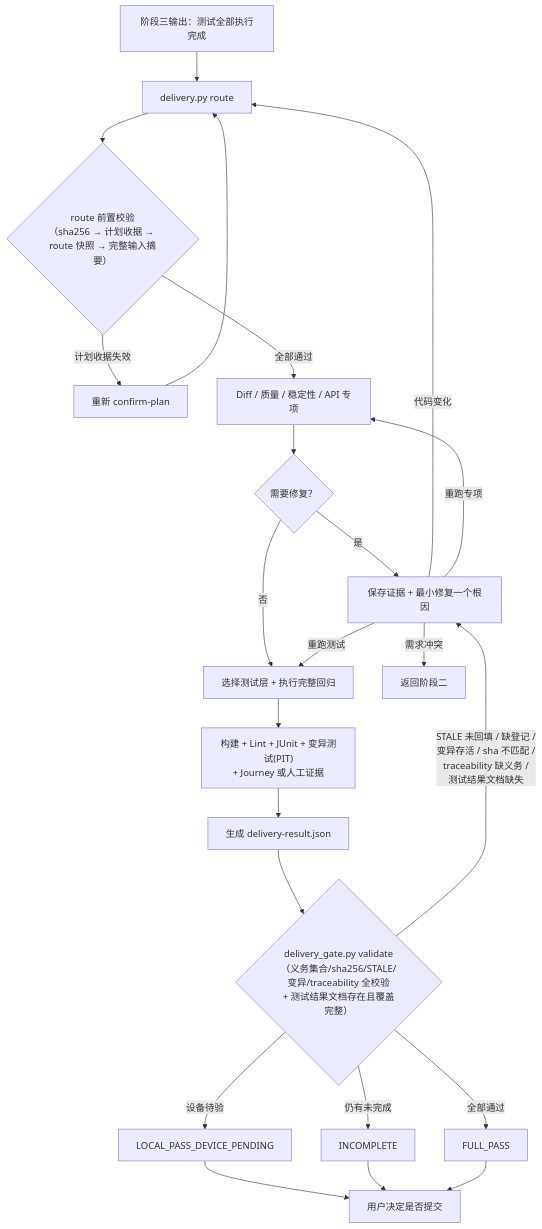
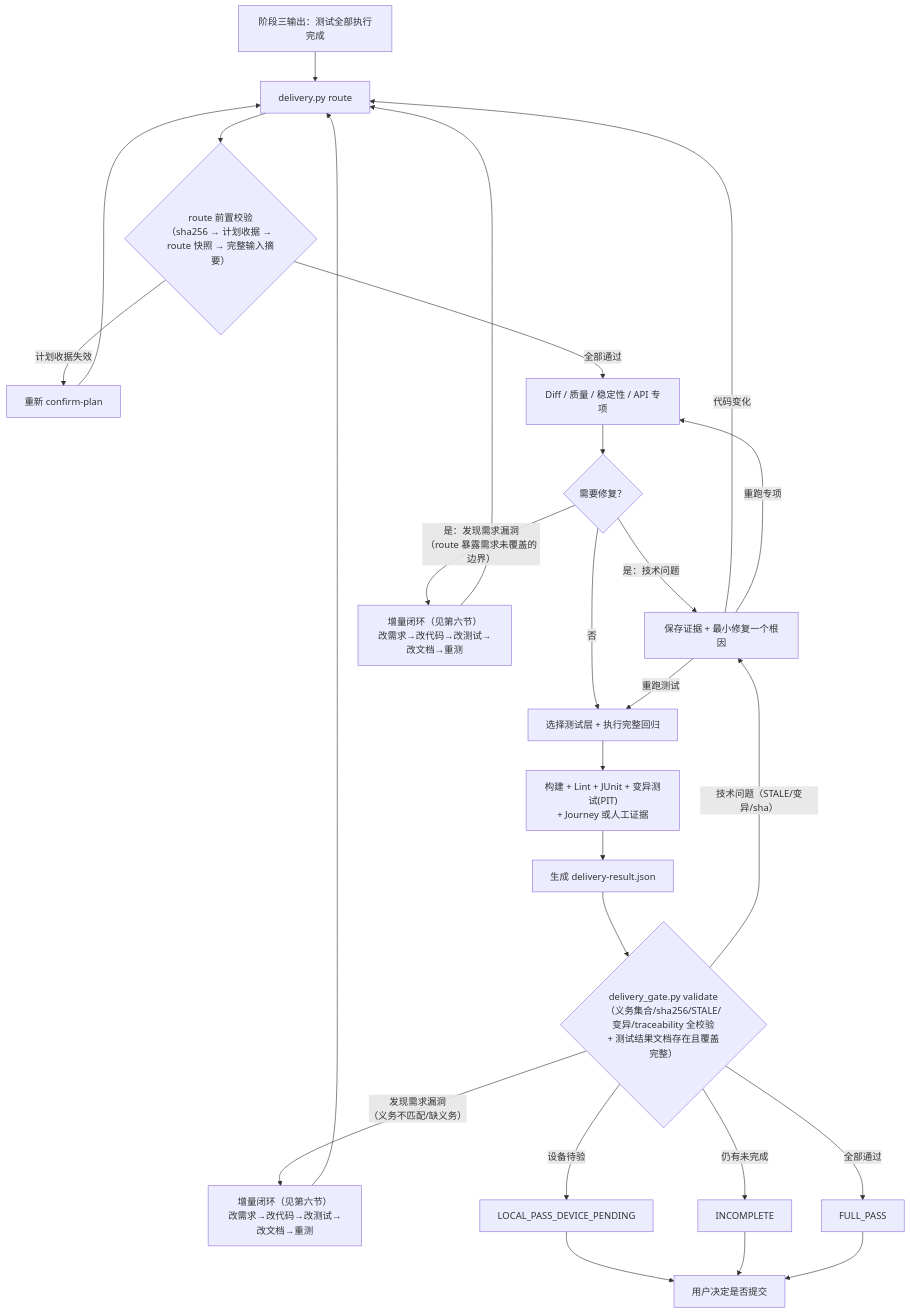
Before and after one commit to yejuntian/android-delivery-skills: the fifth of 10 diagrams in FLOW_DIAGRAMS.md, drawn with Mermaid. The commit also changed other lines of this file, not shown here.

Commit message:
fix(android-delivery): route/gate 阶段发现需求漏洞也触发增量闭环
之前 route/gate 流程图里发现需求问题只画了"返回阶段二"（只改代码），
不是完整的增量闭环（改需求→改代码→改测试→改文档→重测）。

修正：
- route 审查时发现需求漏洞（如 diff 暴露需求未覆盖的边界）→ 触发增量闭环
- gate 校验时发现义务不匹配/缺义务 → 触发增量闭环
- 两处回路都改成"增量闭环 → 完成后重新 route"
- 技术问题（STALE/变异/sha）仍走原有 FIX 路径

现在增量闭环覆盖全部 8 个阶段：
1.写需求时 2.拆BDD时 3.写计划时 4.编码时
5.写测试时 6.真机测试时 7.route审查时 8.gate校验时

````diff
--- a/FLOW_DIAGRAMS.md
+++ b/FLOW_DIAGRAMS.md
@@ -195,25 +195,28 @@
 ```mermaid
 flowchart TD
     TEST_DONE["阶段三输出：测试全部执行完成"] --> L["delivery.py route"]
     L --> L1{"route 前置校验<br/>（sha256 → 计划收据 → route 快照 → 完整输入摘要）"}
     L1 -- "计划收据失效" --> L2["重新 confirm-plan"]
     L2 --> L
     L1 -- "全部通过" --> M["Diff / 质量 / 稳定性 / API 专项"]
     M --> M0{"需要修复？"}
-    M0 -- "是" --> FIX["保存证据 + 最小修复一个根因"]
+    M0 -- "是：技术问题" --> FIX["保存证据 + 最小修复一个根因"]
+    M0 -- "是：发现需求漏洞<br/>（route 暴露需求未覆盖的边界）" --> INCR_ROUTE["增量闭环（见第六节）<br/>改需求→改代码→改测试→改文档→重测"]
+    INCR_ROUTE --> L
     M0 -- "否" --> N["选择测试层 + 执行完整回归"]
-    FIX -- "需求冲突" --> BACK["返回阶段二"]
     FIX -- "代码变化" --> L
     FIX -- "重跑专项" --> M
     FIX -- "重跑测试" --> N
     N --> O["构建 + Lint + JUnit + 变异测试(PIT)<br/>+ Journey 或人工证据"]
     O --> P["生成 delivery-result.json"]
     P --> Q{"delivery_gate.py validate<br/>（义务集合/sha256/STALE/变异/traceability 全校验<br/>+ 测试结果文档存在且覆盖完整）"}
-    Q -- "STALE 未回填 / 缺登记 /<br/>变异存活 / sha 不匹配 /<br/>traceability 缺义务 /<br/>测试结果文档缺失" --> FIX
+    Q -- "技术问题（STALE/变异/sha）" --> FIX
+    Q -- "发现需求漏洞<br/>（义务不匹配/缺义务）" --> INCR_GATE["增量闭环（见第六节）<br/>改需求→改代码→改测试→改文档→重测"]
+    INCR_GATE --> L
     Q -- "设备待验" --> DEVICE["LOCAL_PASS_DEVICE_PENDING"]
     Q -- "仍有未完成" --> INCOMPLETE["INCOMPLETE"]
     Q -- "全部通过" --> PASS["FULL_PASS"]
     DEVICE --> COMMIT["用户决定是否提交"]
     INCOMPLETE --> COMMIT
     PASS --> COMMIT
 ```
````
